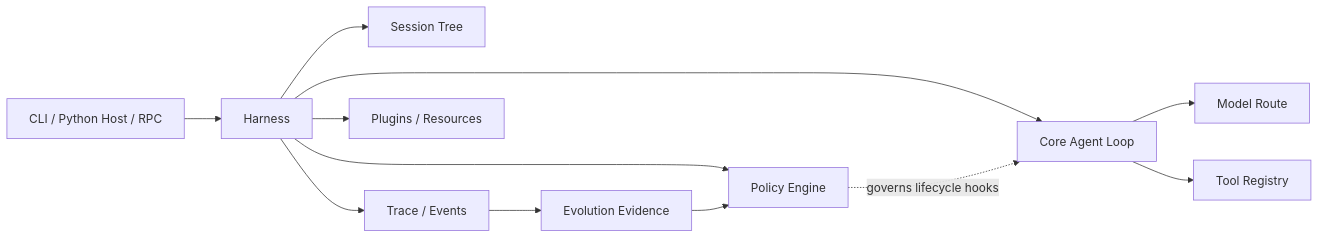
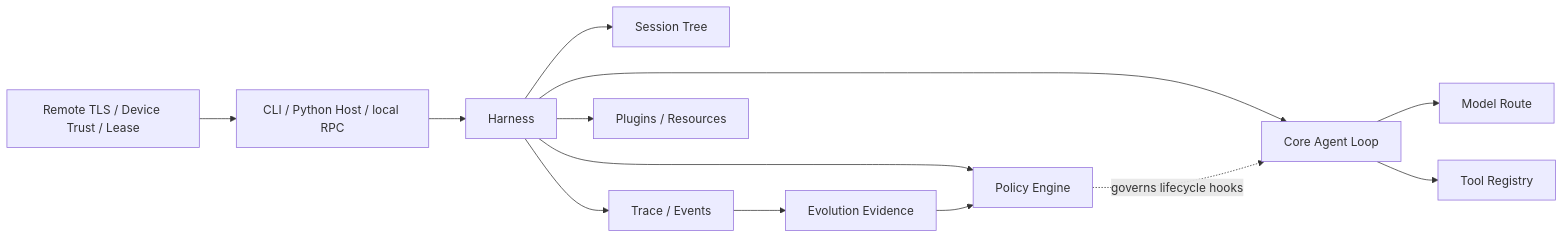
The diagram in README.md (WeiSuanDi/EvoPi), drawn with Mermaid before and after one commit. The commit also changed other lines of this file and 54 other files, not shown here.

````diff
--- a/README.md
+++ b/README.md
@@ -53,14 +55,15 @@
 ```mermaid
 flowchart LR
-    U["CLI / Python Host / RPC"] --> H["Harness"]
+    U["CLI / Python Host / local RPC"] --> H["Harness"]
+    R["Remote TLS / Device Trust / Lease"] --> U
     H --> C["Core Agent Loop"]
     C --> M["Model Route"]
     C --> T["Tool Registry"]
     H --> P["Policy Engine"]
     H --> S["Session Tree"]
     H --> X["Trace / Events"]
     H --> G["Plugins / Resources"]
     X --> E["Evolution Evidence"]
     E --> P
     P -. "governs lifecycle hooks" .-> C
 ```
````
